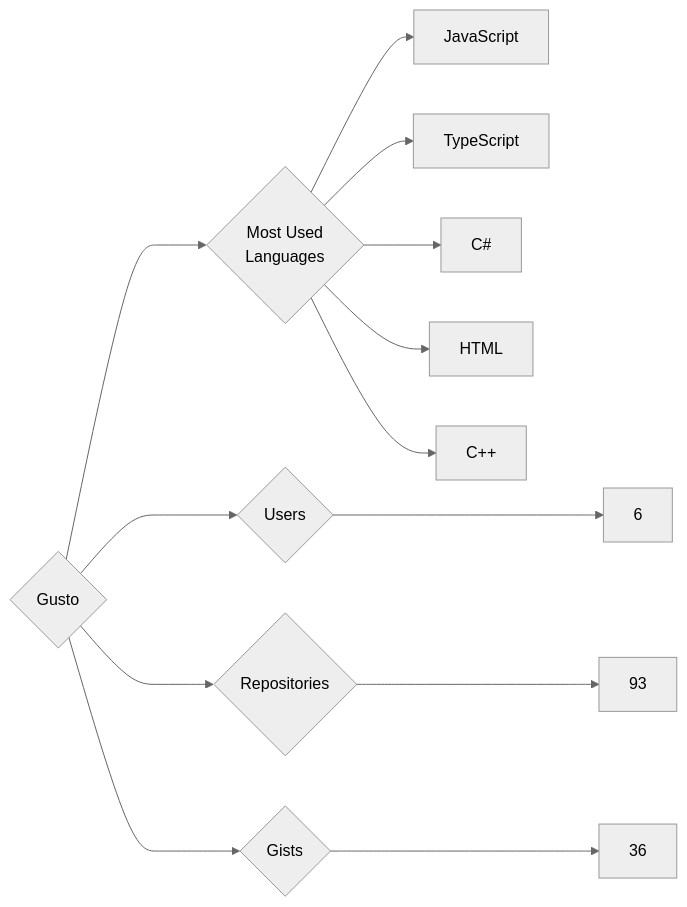
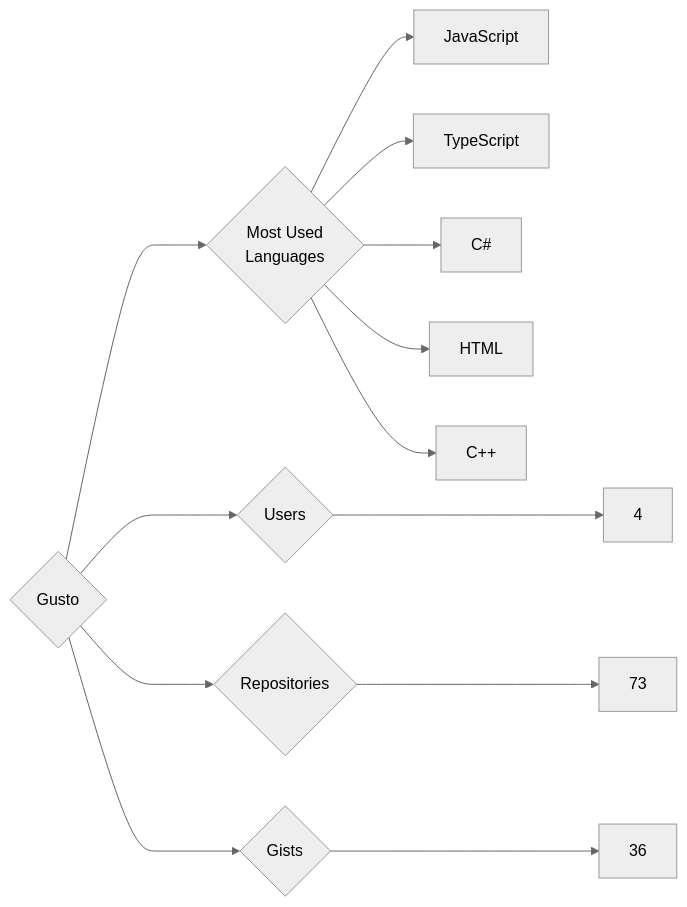
Before and after one commit to trickest/insiders: the diagram in targets/Gusto/README.md, drawn with Mermaid (neutral theme). The commit also changed 882 other files, not shown here.

````diff
--- a/targets/Gusto/README.md
+++ b/targets/Gusto/README.md
@@ -3,13 +3,13 @@
 ```mermaid
 graph LR
 COMPANY_NAME{Gusto}
-COMPANY_NAME ---> U{Users} ---> UN[6]
-COMPANY_NAME ---> R{Repositories} ---> RN[93]
+COMPANY_NAME ---> U{Users} ---> UN[4]
+COMPANY_NAME ---> R{Repositories} ---> RN[73]
 COMPANY_NAME ---> G{Gists} ---> GN[36]
 COMPANY_NAME ---> ML{Most Used<br>Languages}
 ML --> JavaScript[JavaScript]
 ML --> TypeScript[TypeScript]
 ML --> C#[C#]
 ML --> HTML[HTML]
 ML --> C++[C++]
 ```
````
